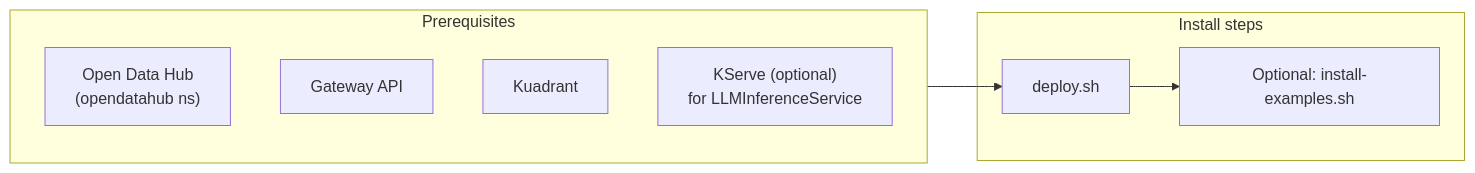
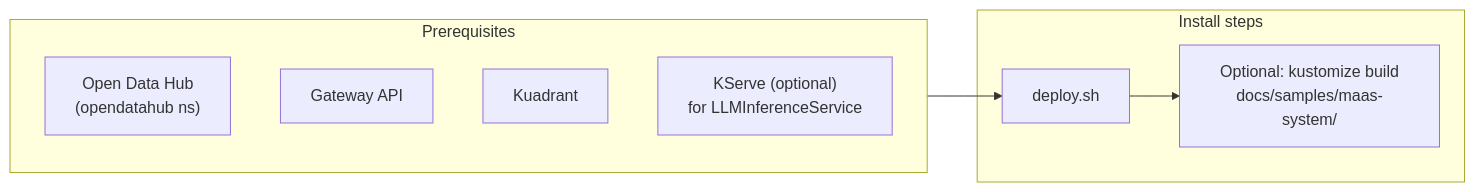
One commit to opendatahub-io/models-as-a-service changed the seventh of 7 diagrams in docs/content/configuration-and-management/maas-controller-overview.md. Above: the diagram before and after it, drawn with Mermaid. The commit also changed other lines of this file, not shown here.

Commit message:
RHOAIENG-59087: replace non-existent install-examples.sh reference with kustomize command
The maas-controller-overview.md document referenced scripts/install-examples.sh
which does not exist in the repository. This caused confusion for developers
following the controller onboarding guide. Replaced both references (Mermaid
diagram and prose) with the current method for deploying sample resources:
kustomize build docs/samples/maas-system/ | kubectl apply -f -.

Closes RHOAIENG-59087

````diff
--- a/docs/content/configuration-and-management/maas-controller-overview.md
+++ b/docs/content/configuration-and-management/maas-controller-overview.md
@@ -274,17 +274,17 @@
 ```mermaid
 flowchart LR
     subgraph Prereqs["Prerequisites"]
         ODH["Open Data Hub\n(opendatahub ns)"]
         GW["Gateway API"]
         Kuadrant["Kuadrant"]
         KServe["KServe (optional)\nfor LLMInferenceService"]
     end
 
     subgraph Install["Install steps"]
         Deploy["deploy.sh"]
-        Examples["Optional: install-examples.sh"]
+        Examples["Optional: kustomize build\ndocs/samples/maas-system/"]
     end
 
     Prereqs --> Deploy
     Deploy --> Examples
 ```
````
